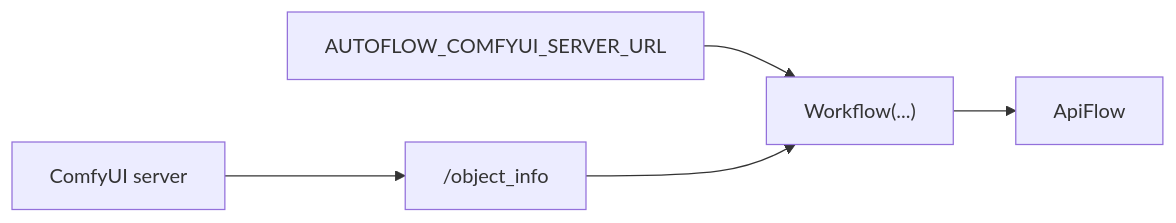
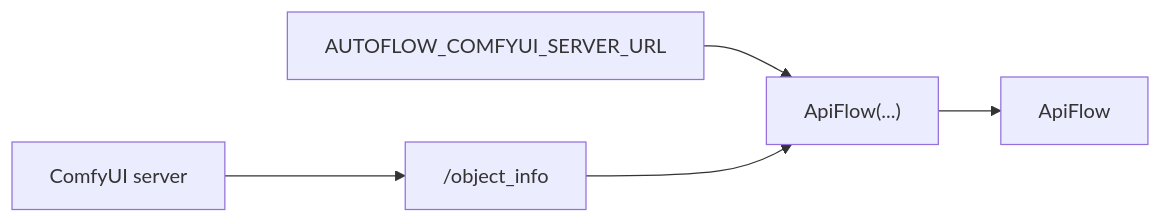
One commit to chrisdreid/comfyui-autoflow changed the second of 4 diagrams in docs/convert.md. Above: the diagram before and after it, drawn with Mermaid. The commit also changed other lines of this file and 31 other files, not shown here.

Commit message:
Workflow class refactoring (Option A): absorbing auto-detection into ApiFlow, deprecating Workflow as a compatibility alias. Covers changes across models.py, flowtree.py, cli.py and smoke test results.

````diff
--- a/docs/convert.md
+++ b/docs/convert.md
@@ -66,7 +66,7 @@
 ```mermaid
 flowchart LR
-  env["AUTOFLOW_COMFYUI_SERVER_URL"] --> workflowObj["Workflow(...)"]
+  env["AUTOFLOW_COMFYUI_SERVER_URL"] --> workflowObj["ApiFlow(...)"]
   comfy["ComfyUI server"] --> objectInfo["/object_info"]
   objectInfo --> workflowObj
   workflowObj --> apiFlow["ApiFlow"]
 ```
````
